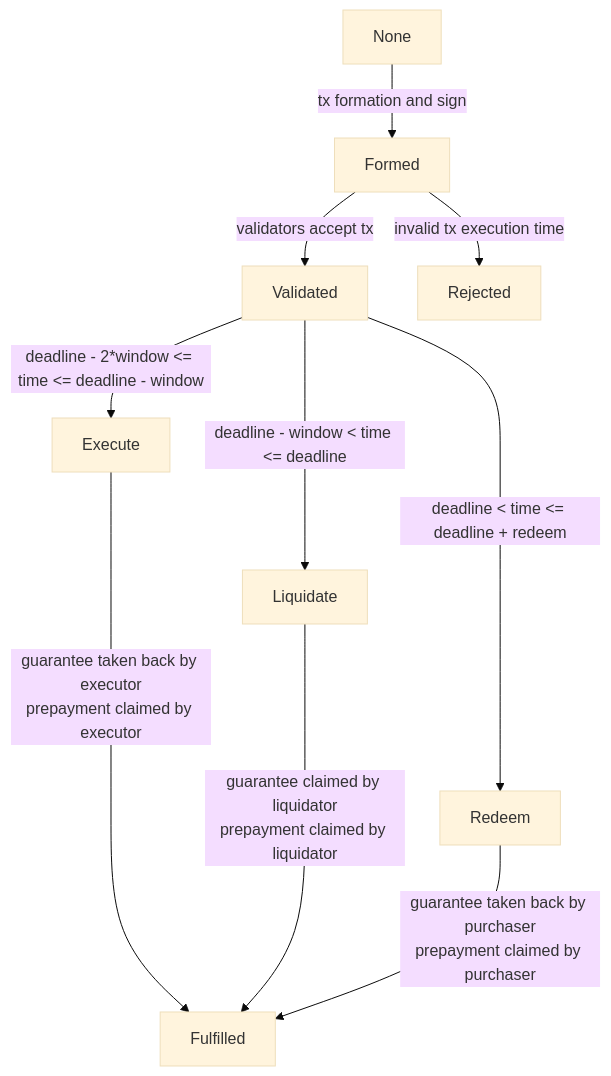
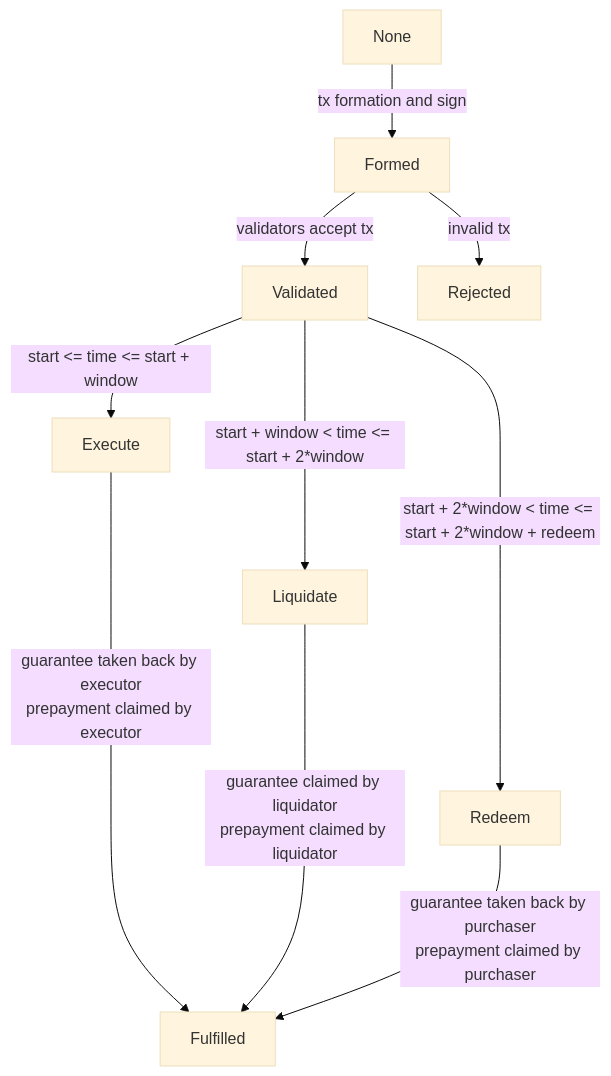
Before and after one commit to prepaidGas/prepaidgas-dapp: the second of 2 diagrams in README.md, drawn with Mermaid (base theme). The commit also changed 5 other files, not shown here.

Commit message:
change tx deadline to start

````diff
--- a/README.md
+++ b/README.md
@@ -39,16 +39,16 @@
 ```mermaid
 graph TB;
 
 None -- tx formation and sign --> Formed
 Formed -- validators accept tx --> Validated
-Formed -- invalid tx execution time --> Rejected
-Validated -- deadline - 2*window <= time <= deadline - window --> Execute
-Validated -- deadline - window < time <= deadline --> Liquidate
-Validated -- deadline < time <= deadline + redeem --> Redeem
+Formed -- invalid tx --> Rejected
+Validated -- start <= time <= start + window --> Execute
+Validated -- start + window < time <= start + 2*window --> Liquidate
+Validated -- start + 2*window < time <= start + 2*window + redeem --> Redeem
 Execute -- guarantee taken back by executor
 prepayment claimed by executor ----> Fulfilled
 Liquidate -- guarantee claimed by liquidator
 prepayment claimed by liquidator ---> Fulfilled
 Redeem -- guarantee taken back by purchaser
 prepayment claimed by purchaser --> Fulfilled
 ```
````
